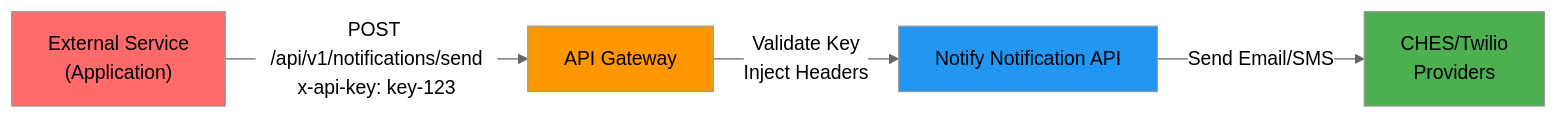
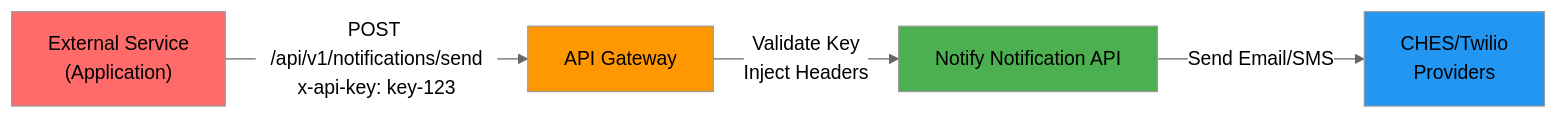
One commit to bcgov/common-notify changed the second of 8 diagrams in notify_api_gateway_architecture_v4.md. Above: the diagram before and after it, drawn with Mermaid (neutral theme). The commit also changed other lines of this file, not shown here.

````diff
--- a/notify_api_gateway_architecture_v4.md
+++ b/notify_api_gateway_architecture_v4.md
@@ -64,13 +66,13 @@
 ```mermaid
 flowchart LR
     Service["External Service<br/>(Application)"]
-    
+
     Service -->|POST /api/v1/notifications/send<br/>x-api-key: key-123| Gateway[API Gateway]
     Gateway -->|Validate Key<br/>Inject Headers| NotifyAPI[Notify Notification API]
     NotifyAPI -->|Send Email/SMS| Email["CHES/Twilio<br/>Providers"]
 
     style Gateway fill:#ff9800
     style Service fill:#ff6b6b
-    style NotifyAPI fill:#2196F3
-    style Email fill:#4CAF50
+    style NotifyAPI fill:#4CAF50
+    style Email fill:#2196F3
 ```
````
